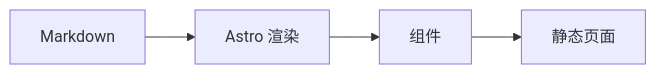
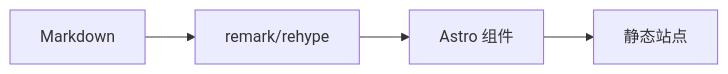
Before and after one commit to kijkij1234/dragonchi: the diagram in src/content/posts/zh-cn/hello-astro-narrow.md, drawn with Mermaid. The commit also changed other lines of this file and 12 other files, not shown here.

First line of the commit message:
feat: add support for tabs in markdown with remark-tabs and associated scripts

````diff
--- a/src/content/posts/zh-cn/hello-astro-narrow.md
+++ b/src/content/posts/zh-cn/hello-astro-narrow.md
@@ -146,6 +157,6 @@
 ```mermaid
 flowchart LR
-  A[Markdown] --> B[Astro 渲染]
-  B --> C[组件]
-  C --> D[静态页面]
+  A[Markdown] --> B[remark/rehype]
+  B --> C[Astro 组件]
+  C --> D[静态站点]
 ```
````
